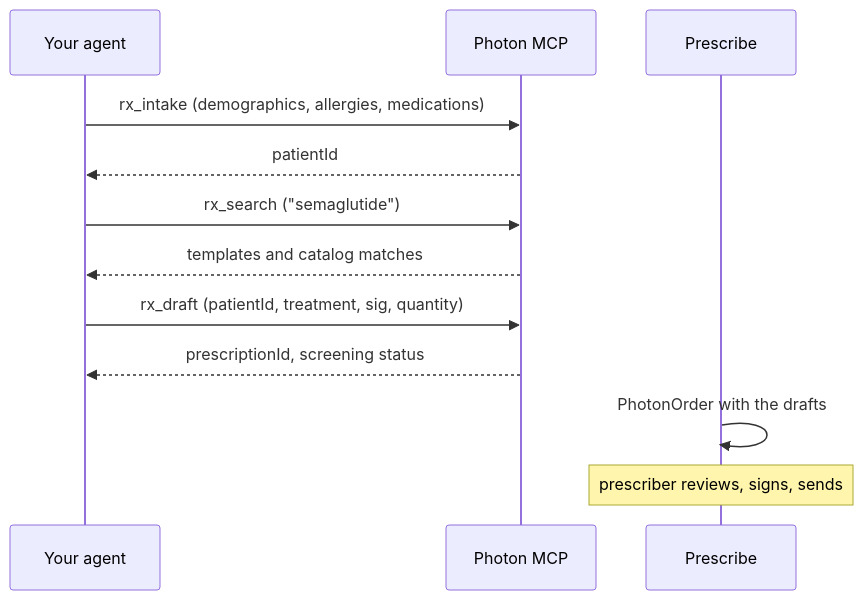
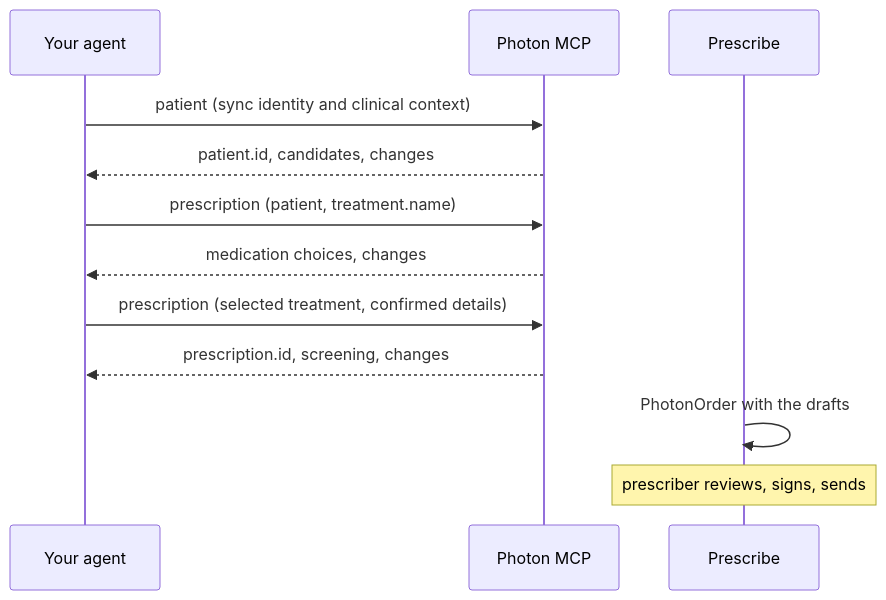
Before and after one commit to Photon-Health/docs: the diagram in integrations/agent-drafted-orders.mdx, drawn with Mermaid. The commit also changed other lines of this file and 8 other files, not shown here.

````diff
--- a/integrations/agent-drafted-orders.mdx
+++ b/integrations/agent-drafted-orders.mdx
@@ -14,14 +14,14 @@
 ```mermaid
 sequenceDiagram
   participant A as Your agent
   participant M as Photon MCP
   participant F as Prescribe
-  A->>M: rx_intake (demographics, allergies, medications)
-  M-->>A: patientId
-  A->>M: rx_search ("semaglutide")
-  M-->>A: templates and catalog matches
-  A->>M: rx_draft (patientId, treatment, sig, quantity)
-  M-->>A: prescriptionId, screening status
+  A->>M: patient (sync identity and clinical context)
+  M-->>A: patient.id, candidates, changes
+  A->>M: prescription (patient, treatment.name)
+  M-->>A: medication choices, changes
+  A->>M: prescription (selected treatment, confirmed details)
+  M-->>A: prescription.id, screening, changes
   F->>F: PhotonOrder with the drafts
   Note over F: prescriber reviews, signs, sends
 ```
````
